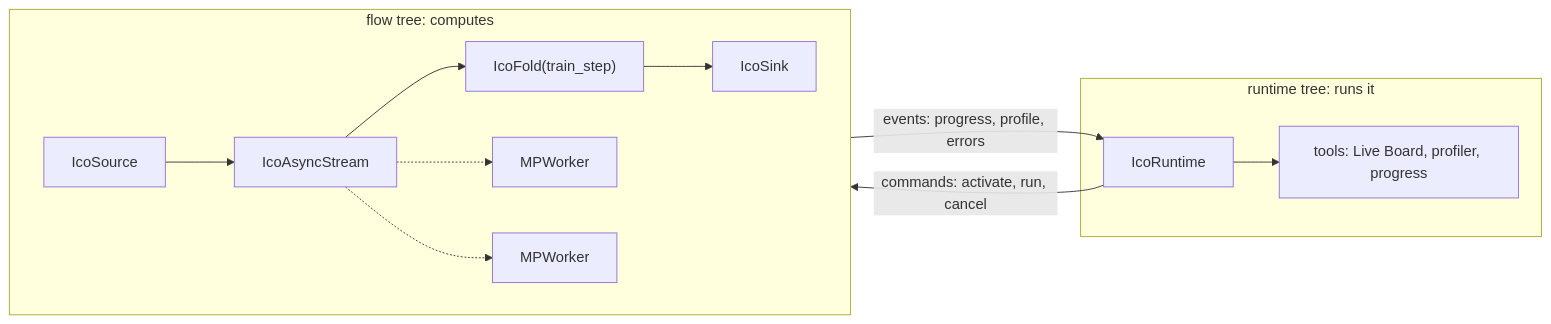
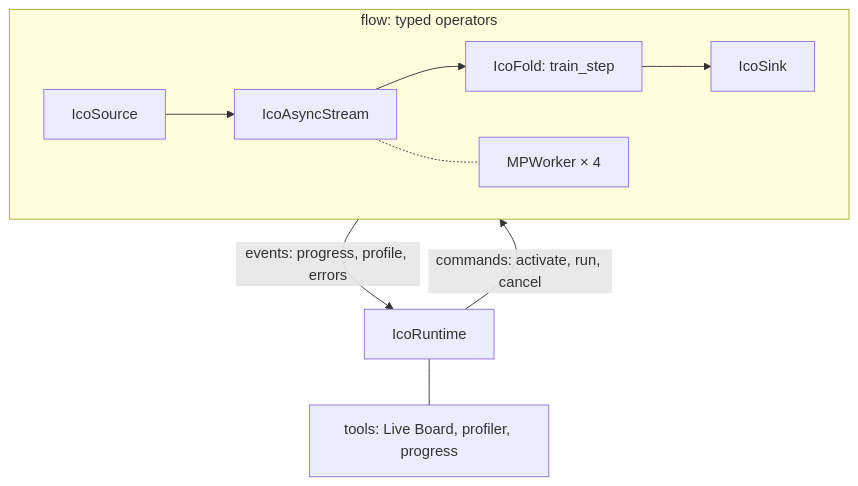
The diagram in README.md (apriori3d/ico), drawn with Mermaid before and after one commit.

Commit message:
README: the diagram top-down, runtime above the flow

````diff
--- a/README.md
+++ b/README.md
@@ -39,13 +39,11 @@
 ```mermaid
-flowchart LR
-  subgraph flow["flow tree: computes"]
-    direction LR
-    S[IcoSource] --> A[IcoAsyncStream] --> F["IcoFold(train_step)"] --> K[IcoSink]
-    A -.-> W1[MPWorker] & W2[MPWorker]
-  end
-  subgraph runtime["runtime tree: runs it"]
-    R[IcoRuntime] --> T["tools: Live Board, profiler, progress"]
-  end
+flowchart TB
+  R["IcoRuntime"] --- T["tools: Live Board, profiler, progress"]
   R -- "commands: activate, run, cancel" --> flow
   flow -- "events: progress, profile, errors" --> R
+  subgraph flow["flow: typed operators"]
+    direction LR
+    S["IcoSource"] --> A["IcoAsyncStream"] --> F["IcoFold: train_step"] --> K["IcoSink"]
+    A -.- W["MPWorker × 4"]
+  end
 ```
````
